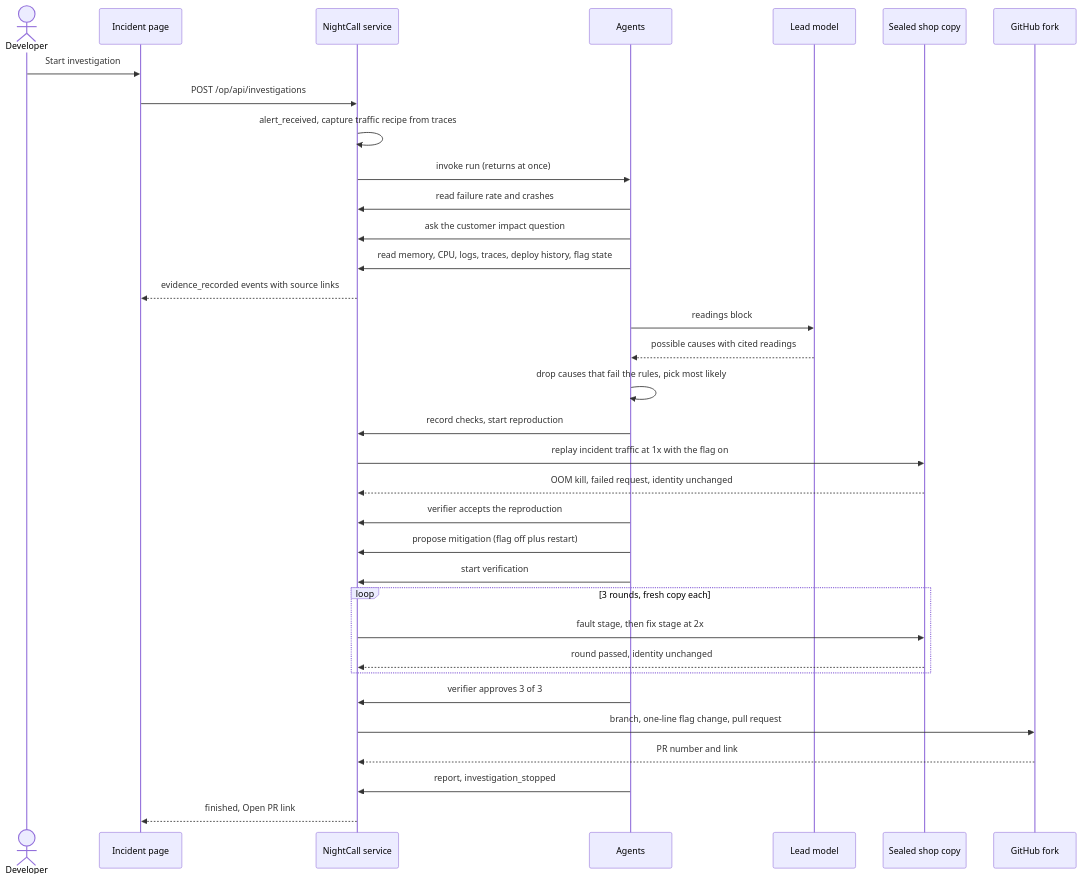
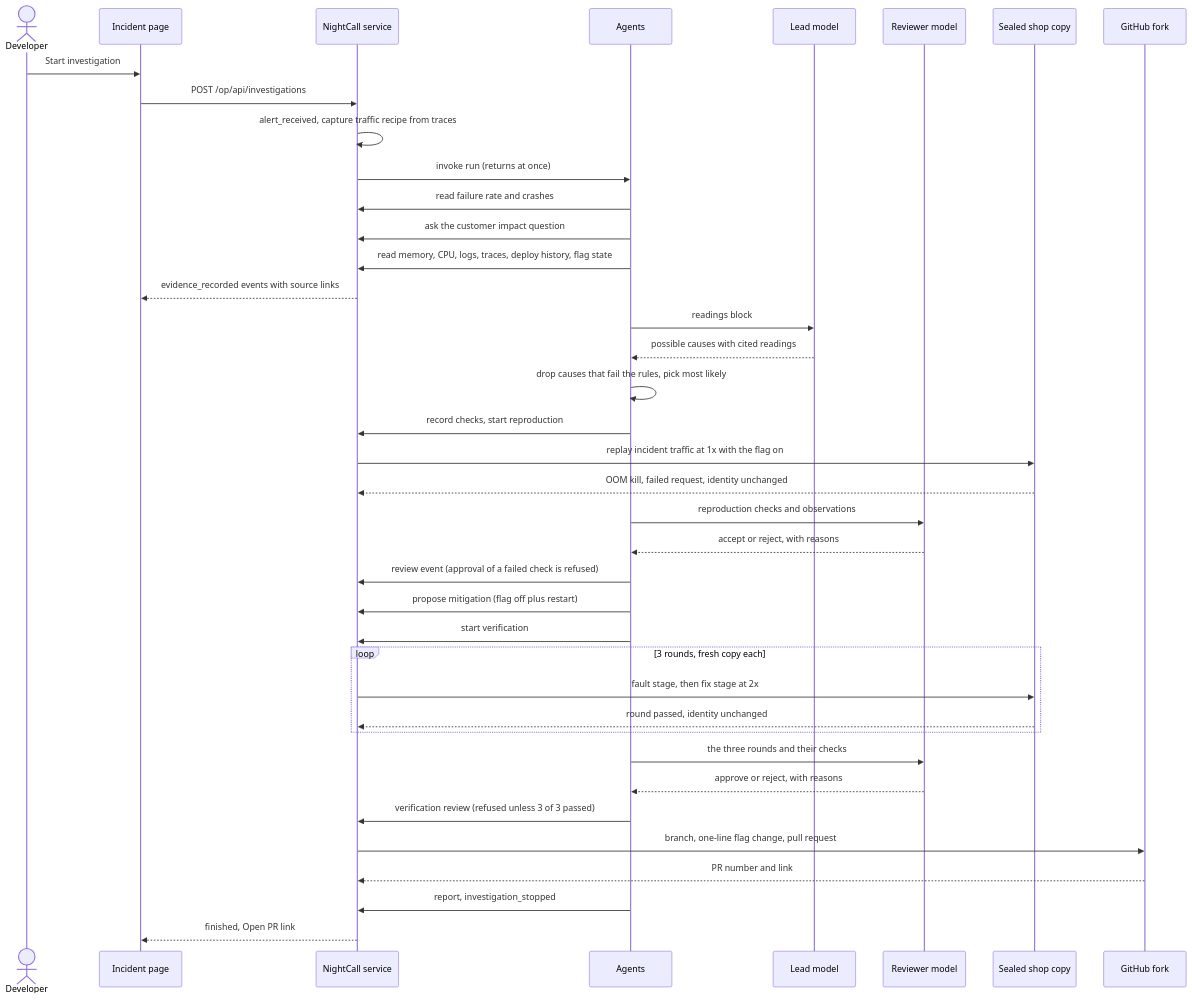
The second of 2 diagrams in night-call/ARCHITECTURE.md (Naaman-Saif/NightCall), drawn with Mermaid before and after one commit. The commit also changed other lines of this file and 3 other files, not shown here.

````diff
--- a/night-call/ARCHITECTURE.md
+++ b/night-call/ARCHITECTURE.md
@@ -43,36 +43,41 @@
 ```mermaid
 sequenceDiagram
     actor Dev as Developer
     participant Page as Incident page
     participant Svc as NightCall service
     participant Agents as Agents
     participant Lead as Lead model
+    participant Reviewer as Reviewer model
     participant Copy as Sealed shop copy
     participant GH as GitHub fork
     Dev->>Page: Start investigation
     Page->>Svc: POST /op/api/investigations
     Svc->>Svc: alert_received, capture traffic recipe from traces
     Svc->>Agents: invoke run (returns at once)
     Agents->>Svc: read failure rate and crashes
     Agents->>Svc: ask the customer impact question
     Agents->>Svc: read memory, CPU, logs, traces, deploy history, flag state
     Svc-->>Page: evidence_recorded events with source links
     Agents->>Lead: readings block
     Lead-->>Agents: possible causes with cited readings
     Agents->>Agents: drop causes that fail the rules, pick most likely
     Agents->>Svc: record checks, start reproduction
     Svc->>Copy: replay incident traffic at 1x with the flag on
     Copy-->>Svc: OOM kill, failed request, identity unchanged
-    Agents->>Svc: verifier accepts the reproduction
+    Agents->>Reviewer: reproduction checks and observations
+    Reviewer-->>Agents: accept or reject, with reasons
+    Agents->>Svc: review event (approval of a failed check is refused)
     Agents->>Svc: propose mitigation (flag off plus restart)
     Agents->>Svc: start verification
     loop 3 rounds, fresh copy each
         Svc->>Copy: fault stage, then fix stage at 2x
         Copy-->>Svc: round passed, identity unchanged
     end
-    Agents->>Svc: verifier approves 3 of 3
+    Agents->>Reviewer: the three rounds and their checks
+    Reviewer-->>Agents: approve or reject, with reasons
+    Agents->>Svc: verification review (refused unless 3 of 3 passed)
     Svc->>GH: branch, one-line flag change, pull request
     GH-->>Svc: PR number and link
     Agents->>Svc: report, investigation_stopped
     Svc-->>Page: finished, Open PR link
 ```
````
